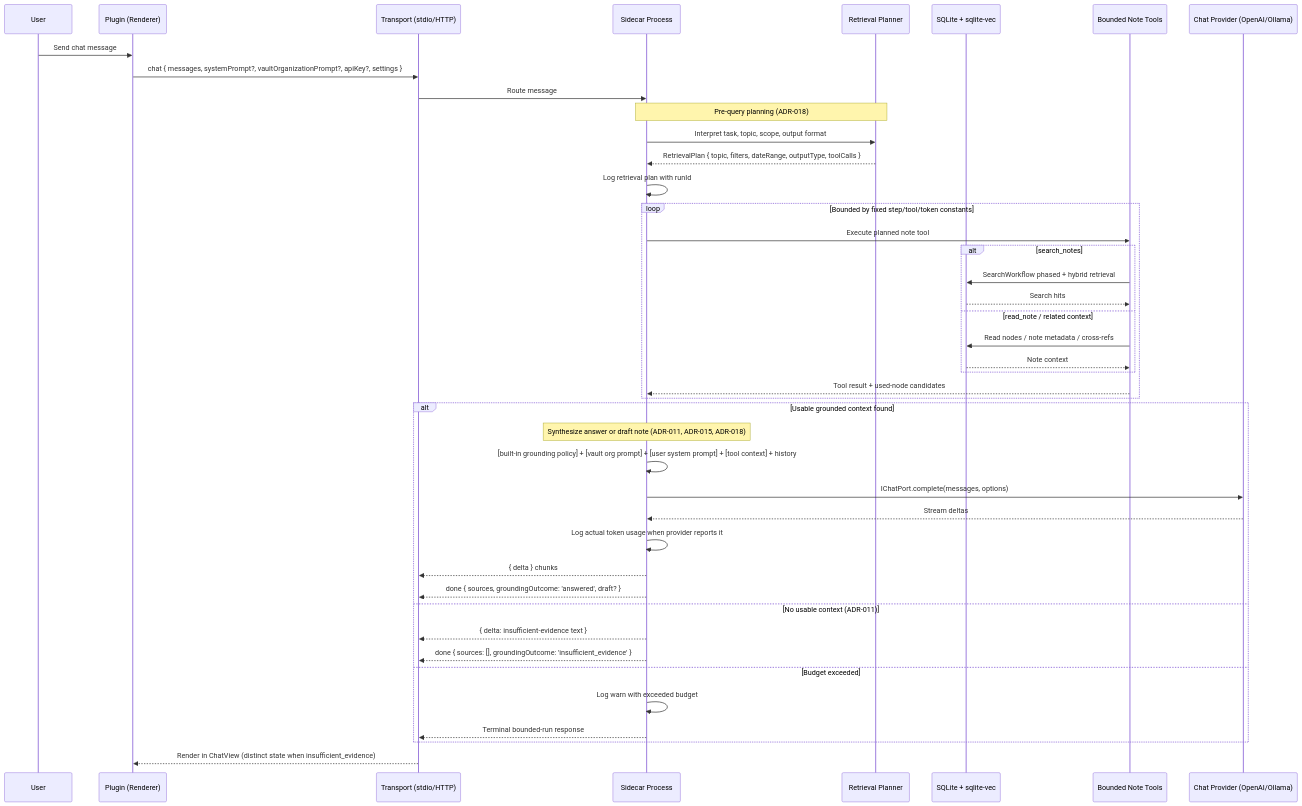
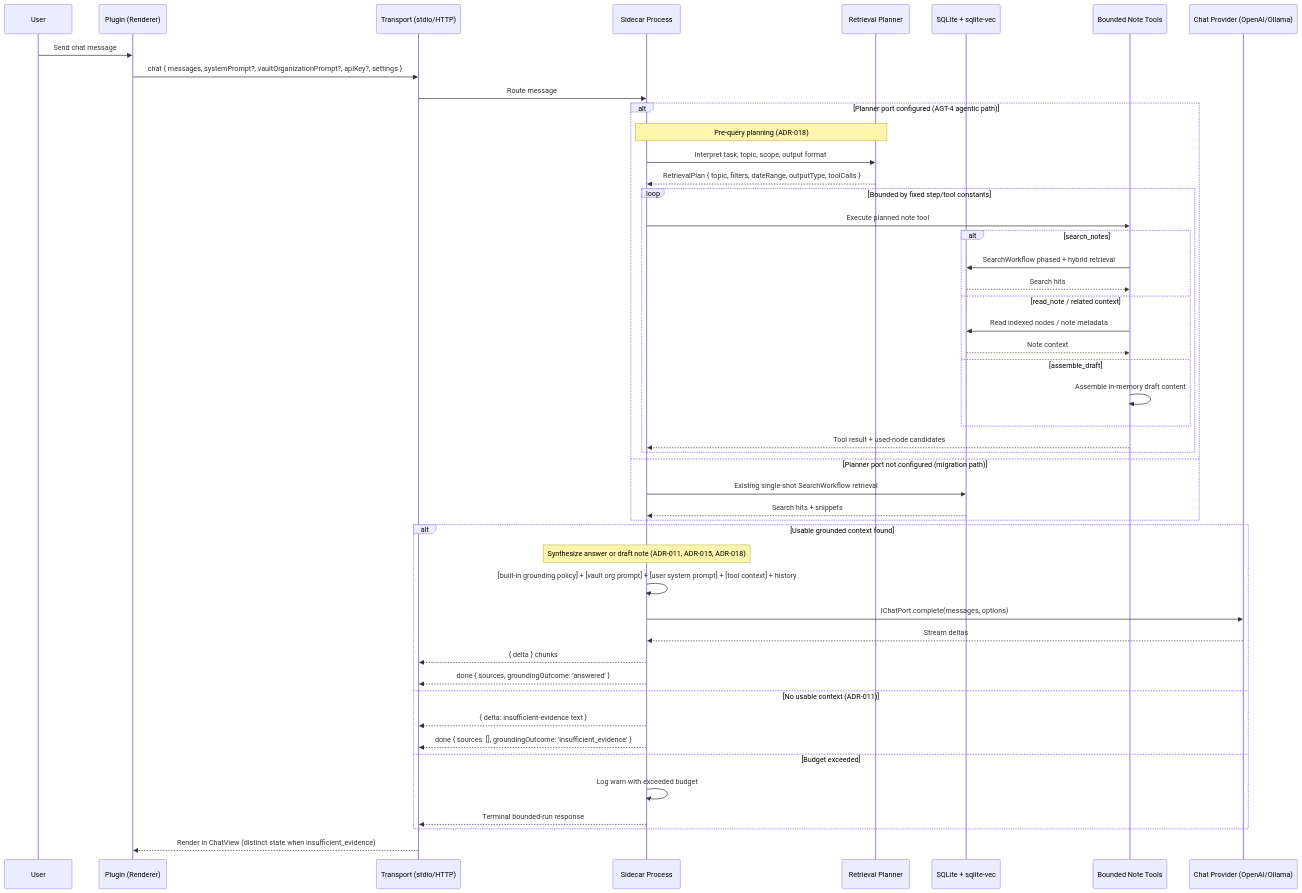
One commit to PhilipTeitel/Obisidian-AI changed the fourth of 5 diagrams in README.md. Above: the diagram before and after it, drawn with Mermaid. The commit also changed other lines of this file and 9 other files, not shown here.

````diff
--- a/README.md
+++ b/README.md
@@ -280,46 +280,51 @@
 ```mermaid
 sequenceDiagram
     participant User
     participant Plugin as Plugin (Renderer)
     participant Transport as Transport (stdio/HTTP)
     participant Sidecar as Sidecar Process
     participant Planner as Retrieval Planner
     participant SQLite as SQLite + sqlite-vec
     participant Tools as Bounded Note Tools
     participant Provider as Chat Provider (OpenAI/Ollama)
 
     User->>Plugin: Send chat message
     Plugin->>Transport: chat { messages, systemPrompt?, vaultOrganizationPrompt?, apiKey?, settings }
     Transport->>Sidecar: Route message
-    Note over Sidecar,Planner: Pre-query planning (ADR-018)
-    Sidecar->>Planner: Interpret task, topic, scope, output format
-    Planner-->>Sidecar: RetrievalPlan { topic, filters, dateRange, outputType, toolCalls }
-    Sidecar->>Sidecar: Log retrieval plan with runId
-    loop Bounded by fixed step/tool/token constants
-        Sidecar->>Tools: Execute planned note tool
-        alt search_notes
-            Tools->>SQLite: SearchWorkflow phased + hybrid retrieval
-            SQLite-->>Tools: Search hits
-        else read_note / related context
-            Tools->>SQLite: Read nodes / note metadata / cross-refs
-            SQLite-->>Tools: Note context
+    alt Planner port configured (AGT-4 agentic path)
+        Note over Sidecar,Planner: Pre-query planning (ADR-018)
+        Sidecar->>Planner: Interpret task, topic, scope, output format
+        Planner-->>Sidecar: RetrievalPlan { topic, filters, dateRange, outputType, toolCalls }
+        loop Bounded by fixed step/tool constants
+            Sidecar->>Tools: Execute planned note tool
+            alt search_notes
+                Tools->>SQLite: SearchWorkflow phased + hybrid retrieval
+                SQLite-->>Tools: Search hits
+            else read_note / related context
+                Tools->>SQLite: Read indexed nodes / note metadata
+                SQLite-->>Tools: Note context
+            else assemble_draft
+                Tools->>Tools: Assemble in-memory draft content
+            end
+            Tools-->>Sidecar: Tool result + used-node candidates
         end
-        Tools-->>Sidecar: Tool result + used-node candidates
+    else Planner port not configured (migration path)
+        Sidecar->>SQLite: Existing single-shot SearchWorkflow retrieval
+        SQLite-->>Sidecar: Search hits + snippets
     end
     alt Usable grounded context found
         Note over Sidecar: Synthesize answer or draft note (ADR-011, ADR-015, ADR-018)
         Sidecar->>Sidecar: [built-in grounding policy] + [vault org prompt] + [user system prompt] + [tool context] + history
         Sidecar->>Provider: IChatPort.complete(messages, options)
         Provider-->>Sidecar: Stream deltas
-        Sidecar->>Sidecar: Log actual token usage when provider reports it
         Sidecar-->>Transport: { delta } chunks
-        Sidecar-->>Transport: done { sources, groundingOutcome: 'answered', draft? }
+        Sidecar-->>Transport: done { sources, groundingOutcome: 'answered' }
     else No usable context (ADR-011)
         Sidecar-->>Transport: { delta: insufficient-evidence text }
         Sidecar-->>Transport: done { sources: [], groundingOutcome: 'insufficient_evidence' }
     else Budget exceeded
         Sidecar->>Sidecar: Log warn with exceeded budget
         Sidecar-->>Transport: Terminal bounded-run response
     end
     Transport-->>Plugin: Render in ChatView (distinct state when insufficient_evidence)
 ```
````
